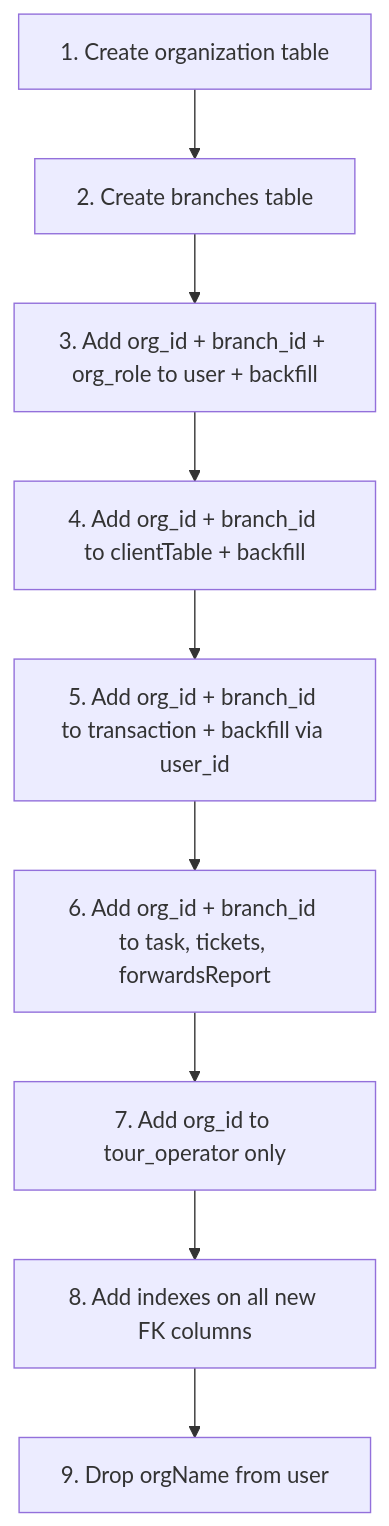
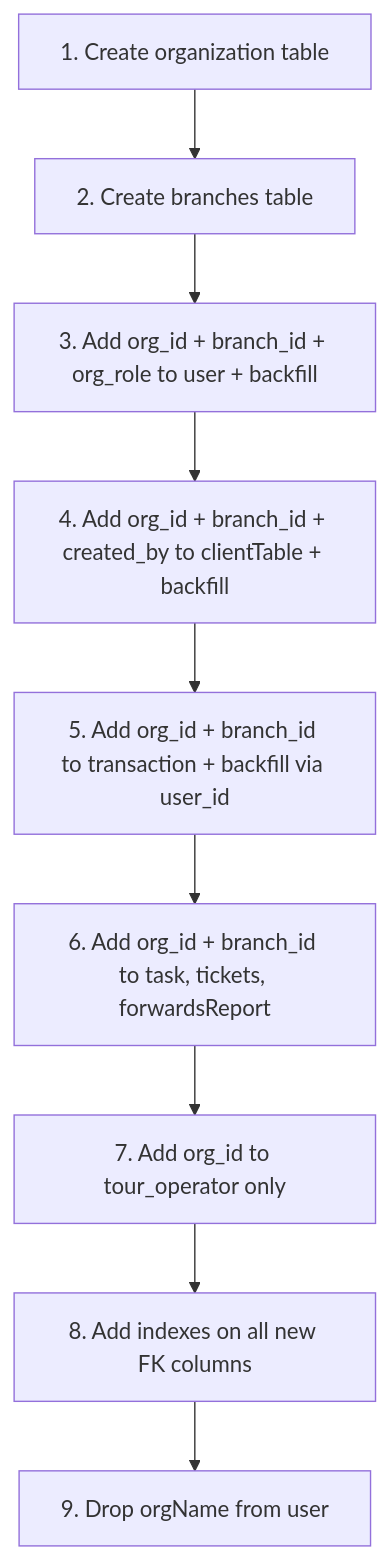
One commit to Jhay1413/travana-V2 changed diagram 15 of 22 in SAAS_MULTITENANCY_PLAN.md. Above: the diagram before and after it, drawn with Mermaid. The commit also changed other lines of this file and 1 other file, not shown here.

First line of the commit message:
Update database schema to support multi-tenancy and branch management

````diff
--- a/SAAS_MULTITENANCY_PLAN.md
+++ b/SAAS_MULTITENANCY_PLAN.md
@@ -699,14 +798,14 @@
 ```mermaid
 graph TD
     M1[1. Create organization table]
     M2[2. Create branches table]
     M3[3. Add org_id + branch_id + org_role to user + backfill]
-    M4[4. Add org_id + branch_id to clientTable + backfill]
+    M4[4. Add org_id + branch_id + created_by to clientTable + backfill]
     M5[5. Add org_id + branch_id to transaction + backfill via user_id]
     M6[6. Add org_id + branch_id to task, tickets, forwardsReport]
     M7[7. Add org_id to tour_operator only]
     M8[8. Add indexes on all new FK columns]
     M9[9. Drop orgName from user]
 
     M1 --> M2 --> M3 --> M4 --> M5 --> M6 --> M7 --> M8 --> M9
 ```
````
